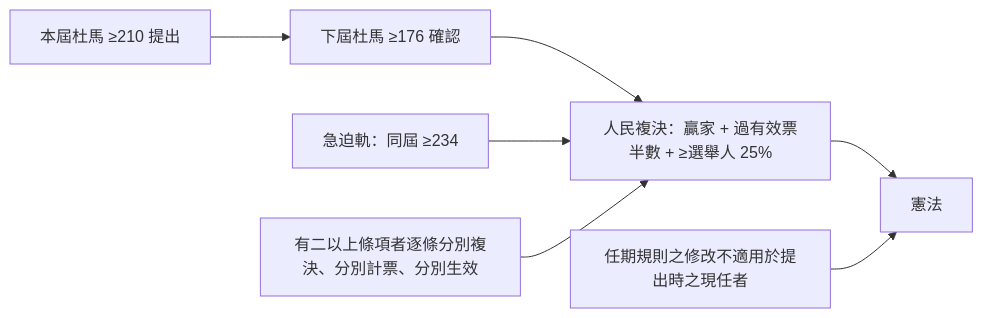
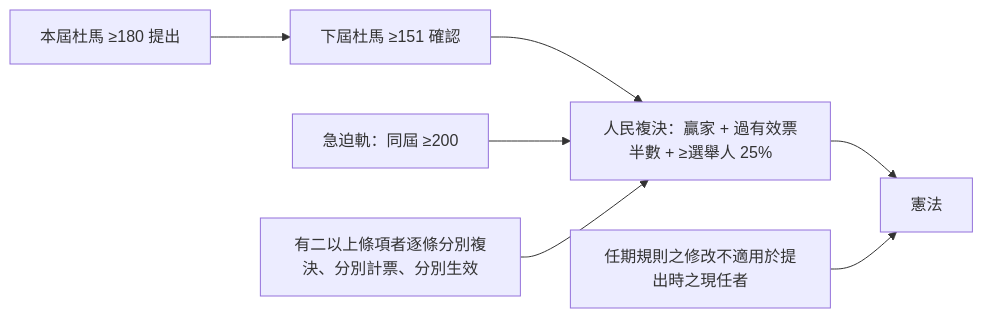
Before and after one commit to IRonROOT578/Political-Economy-Research-Public: the fifth of 11 diagrams in topics/regime-designs/designs/俄羅斯/一院總統制/憲政架構圖.md, drawn with Mermaid. The commit also changed other lines of this file and 62 other files, not shown here.

````diff
--- a/topics/regime-designs/designs/俄羅斯/一院總統制/憲政架構圖.md
+++ b/topics/regime-designs/designs/俄羅斯/一院總統制/憲政架構圖.md
@@ -67,9 +67,9 @@
 ```mermaid
 flowchart LR
-  P1[本屆杜馬 ≥210 提出] --> P2[下屆杜馬 ≥176 確認]
+  P1[本屆杜馬 ≥180 提出] --> P2[下屆杜馬 ≥151 確認]
   P2 --> P3[人民複決：贏家 + 過有效票半數 + ≥選舉人 25%]
   P3 --> Const[憲法]
-  U1[急迫軌：同屆 ≥234] --> P3
+  U1[急迫軌：同屆 ≥200] --> P3
   Split[有二以上條項者逐條分別複決、分別計票、分別生效] --> P3
   NoSelf[任期規則之修改不適用於提出時之現任者] --> Const
 ```
````
